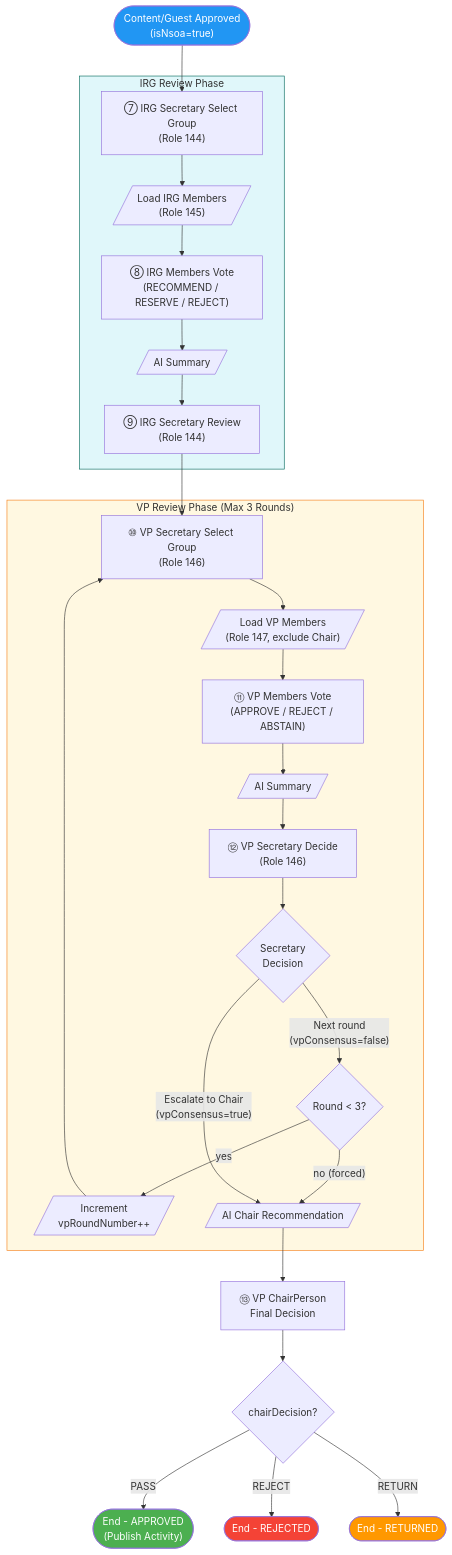
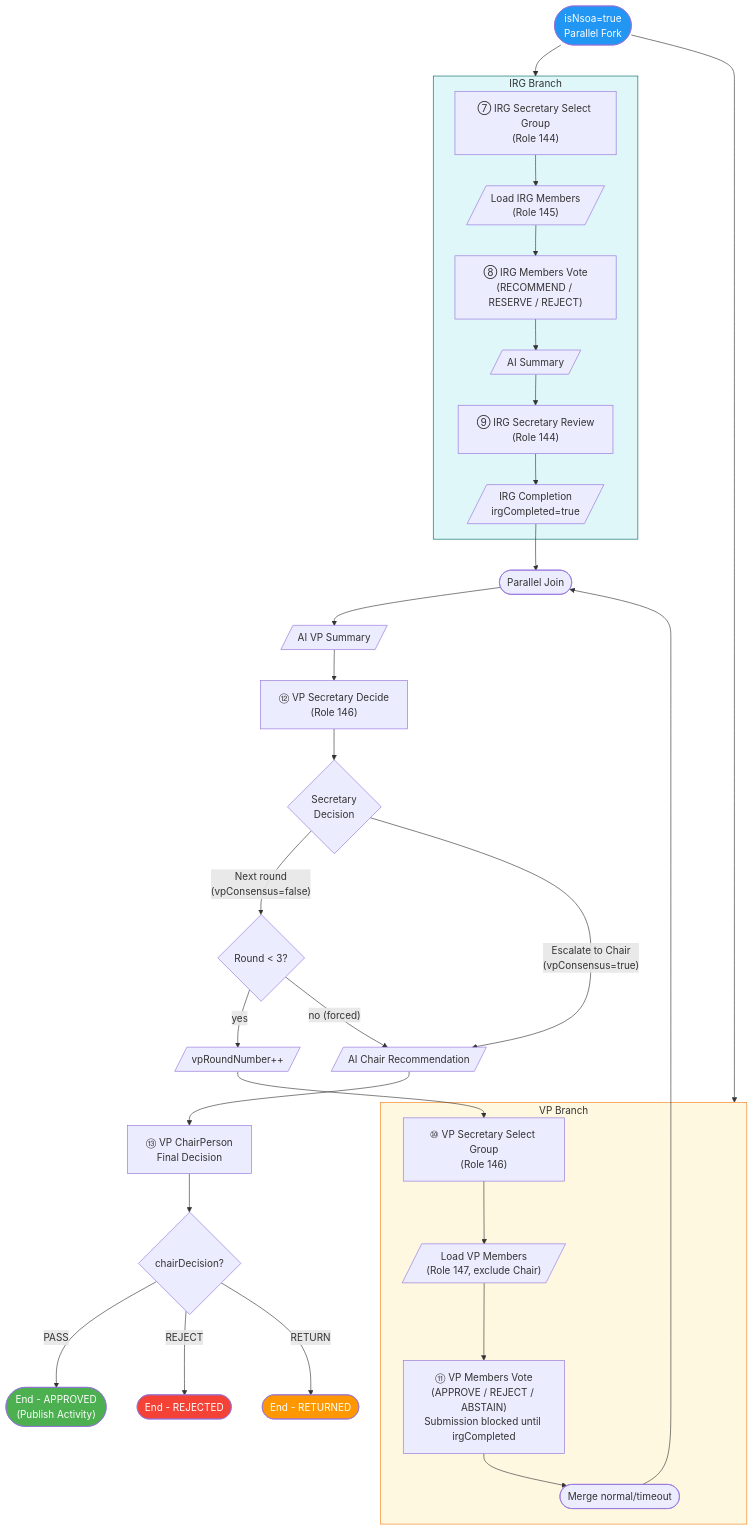
Before and after one commit to OneStar-Projects/SLAS-Docs: the third of 3 diagrams in activity-publish-workflow-design.md, drawn with Mermaid. The commit also changed other lines of this file, not shown here.

````diff
--- a/activity-publish-workflow-design.md
+++ b/activity-publish-workflow-design.md
@@ -217,43 +243,49 @@
 ```mermaid
 flowchart TD
-    Entry(["Content/Guest Approved<br/>(isNsoa=true)"])
-    Entry --> IRGSelect
+    Entry(["isNsoa=true<br/>Parallel Fork"])
 
-    subgraph IRG["IRG Review Phase"]
+    Entry --> IRGBranch
+    Entry --> VPBranch
+
+    subgraph IRGBranch["IRG Branch"]
         IRGSelect["⑦ IRG Secretary Select Group<br/>(Role 144)"]
         IRGSelect --> LoadIRG[/"Load IRG Members<br/>(Role 145)"/]
         LoadIRG --> IRGVote["⑧ IRG Members Vote<br/>(RECOMMEND / RESERVE / REJECT)"]
         IRGVote --> IRGSummary[/"AI Summary"/]
         IRGSummary --> IRGReview["⑨ IRG Secretary Review<br/>(Role 144)"]
+        IRGReview --> IRGDone[/"IRG Completion<br/>irgCompleted=true"/]
     end
 
-    IRGReview --> VPSelect
-
-    subgraph VP["VP Review Phase (Max 3 Rounds)"]
+    subgraph VPBranch["VP Branch"]
         VPSelect["⑩ VP Secretary Select Group<br/>(Role 146)"]
         VPSelect --> LoadVP[/"Load VP Members<br/>(Role 147, exclude Chair)"/]
-        LoadVP --> VPVote["⑪ VP Members Vote<br/>(APPROVE / REJECT / ABSTAIN)"]
-        VPVote --> VPSummary[/"AI Summary"/]
-        VPSummary --> VPDecide["⑫ VP Secretary Decide<br/>(Role 146)"]
-        VPDecide --> Gate{Secretary<br/>Decision}
-        Gate -->|"Next round<br/>(vpConsensus=false)"| RoundCheck{Round < 3?}
-        RoundCheck -->|"yes"| Increment[/"Increment<br/>vpRoundNumber++"/]
-        Increment --> VPSelect
-        RoundCheck -->|"no (forced)"| ChairAI
-        Gate -->|"Escalate to Chair<br/>(vpConsensus=true)"| ChairAI
+        LoadVP --> VPVote["⑪ VP Members Vote<br/>(APPROVE / REJECT / ABSTAIN)<br/>Submission blocked until irgCompleted"]
+        VPVote --> VPMerge(["Merge normal/timeout"])
     end
+
+    IRGDone --> Join(["Parallel Join"])
+    VPMerge --> Join
+
+    Join --> VPSummary[/"AI VP Summary"/]
+    VPSummary --> VPDecide["⑫ VP Secretary Decide<br/>(Role 146)"]
+    VPDecide --> Gate{Secretary<br/>Decision}
+    Gate -->|"Next round<br/>(vpConsensus=false)"| RoundCheck{Round < 3?}
+    RoundCheck -->|"yes"| Increment[/"vpRoundNumber++"/]
+    Increment --> VPSelect
+    RoundCheck -->|"no (forced)"| ChairAI
+    Gate -->|"Escalate to Chair<br/>(vpConsensus=true)"| ChairAI
 
     ChairAI[/"AI Chair Recommendation"/]
     ChairAI --> Chair["⑬ VP ChairPerson<br/>Final Decision"]
     Chair --> FinalGate{chairDecision?}
     FinalGate -->|"PASS"| EndApproved(["End - APPROVED<br/>(Publish Activity)"])
     FinalGate -->|"REJECT"| EndRejected(["End - REJECTED"])
     FinalGate -->|"RETURN"| EndReturned(["End - RETURNED"])
 
     style Entry fill:#2196F3,color:#fff
     style EndApproved fill:#4CAF50,color:#fff
     style EndRejected fill:#f44336,color:#fff
     style EndReturned fill:#FF9800,color:#fff
-    style IRG fill:#E0F7FA,stroke:#00695C
-    style VP fill:#FFF8E1,stroke:#F57F17
+    style IRGBranch fill:#E0F7FA,stroke:#00695C
+    style VPBranch fill:#FFF8E1,stroke:#F57F17
 ```
````
